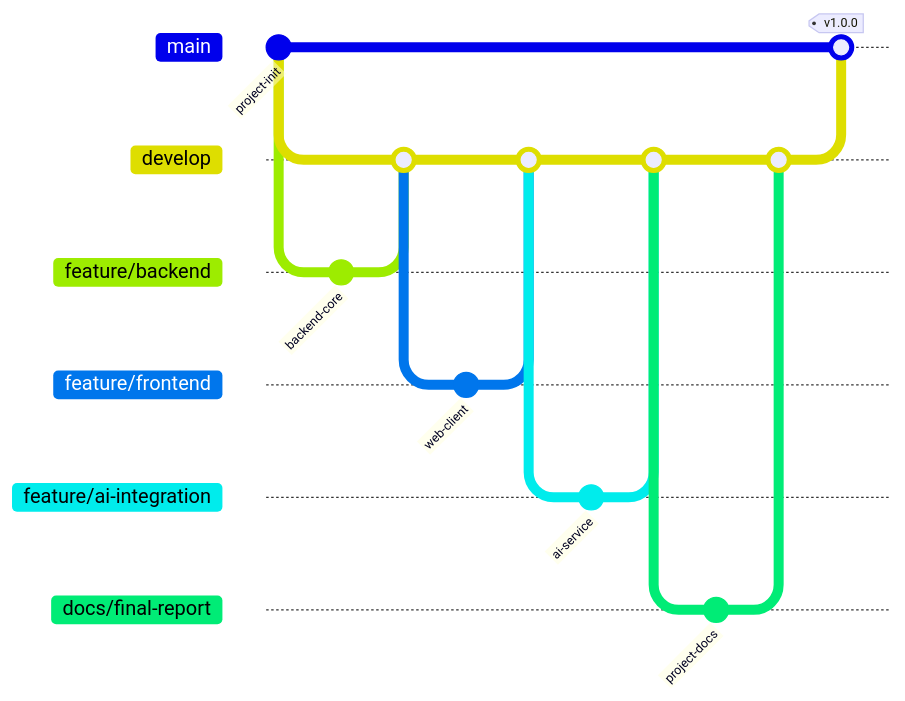
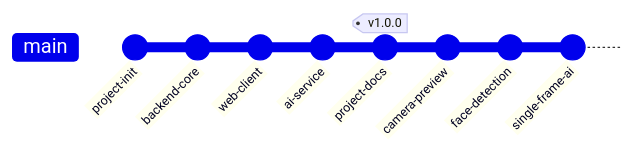
One commit to Qian122/emoji changed the diagram in docs/version-control-record.md. Above: the diagram before and after it, drawn with Mermaid. The commit also changed other lines of this file and 1 other file, not shown here.

Commit message:
docs: simplify final branch structure

````diff
--- a/docs/version-control-record.md
+++ b/docs/version-control-record.md
@@ -16,23 +15,11 @@
 ```mermaid
 gitGraph
   commit id: "project-init"
-  branch develop
-  branch feature/backend
   commit id: "backend-core"
-  checkout develop
-  merge feature/backend
-  branch feature/frontend
   commit id: "web-client"
-  checkout develop
-  merge feature/frontend
-  branch feature/ai-integration
   commit id: "ai-service"
-  checkout develop
-  merge feature/ai-integration
-  branch docs/final-report
-  commit id: "project-docs"
-  checkout develop
-  merge docs/final-report
-  checkout main
-  merge develop tag: "v1.0.0"
+  commit id: "project-docs" tag: "v1.0.0"
+  commit id: "camera-preview"
+  commit id: "face-detection"
+  commit id: "single-frame-ai"
 ```
````
